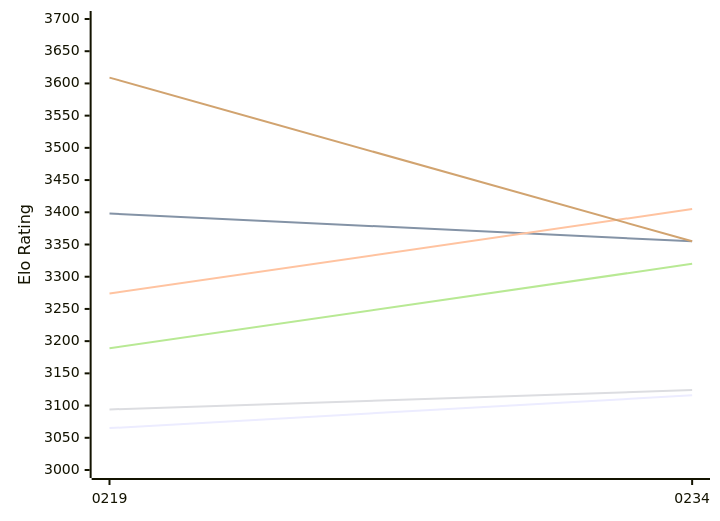
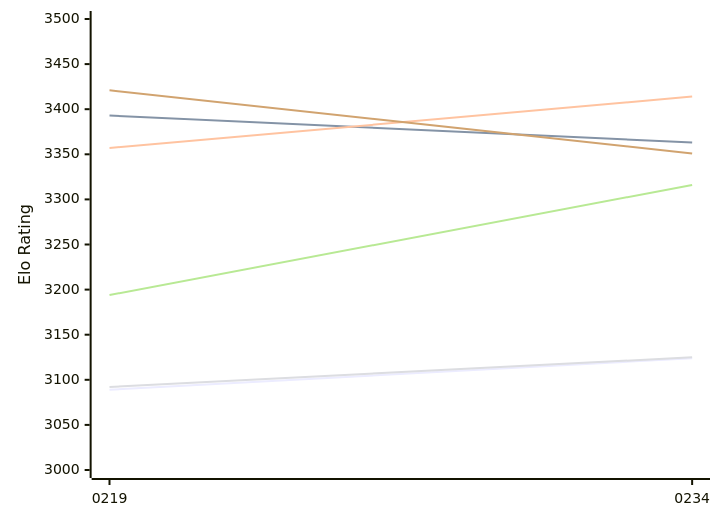
Before and after one commit to computer-chess-index/cci: the first of 2 diagrams in engines/Ynode.md, drawn with Mermaid. The commit also changed other lines of this file, not shown here.

Commit message:
Update CCI Ratings (ELO VLTC) - 2026-11-16

````diff
--- a/engines/Ynode.md
+++ b/engines/Ynode.md
@@ -50,12 +50,12 @@
 ```mermaid
 %%{init: {"theme":"base","themeVariables":{"seriesColors:['#a3a3a3','#222221','#faa371']}}}%%
 xychart-beta
   x-axis ["0219", "0234"]
-  y-axis "Elo Rating" 3000 --> 3700
-  line "E1: STC (8.0+0.08s)" [3065, 3116]
-  line "E1: LTC (60.0+0.60s)" [3398, 3355]
-  line "E1: VLTC (2m24s+1.12s)" [3274, 3405]
-  line "P1: STC (8.0+0.08s)" [3094, 3124]
-  line "P1: LTC (60.0+0.60s)" [3189, 3320]
-  line "P1: VLTC (2m24s+1.12s)" [3609, 3355]
+  y-axis "Elo Rating" 3000 --> 3500
+  line "E1: STC (8.0+0.08s)" [3089, 3124]
+  line "E1: LTC (60.0+0.60s)" [3393, 3363]
+  line "E1: VLTC (2m24s+1.12s)" [3357, 3414]
+  line "P1: STC (8.0+0.08s)" [3092, 3125]
+  line "P1: LTC (60.0+0.60s)" [3194, 3316]
+  line "P1: VLTC (2m24s+1.12s)" [3421, 3351]
 ```
````
